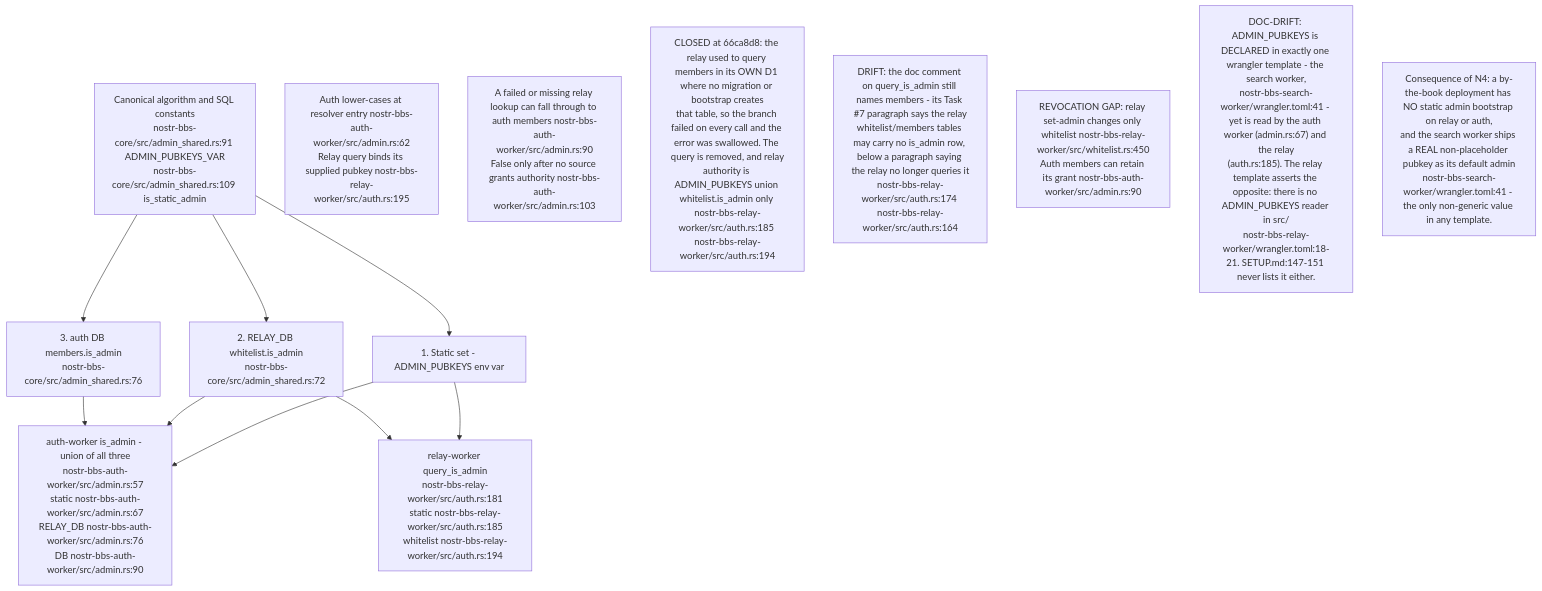
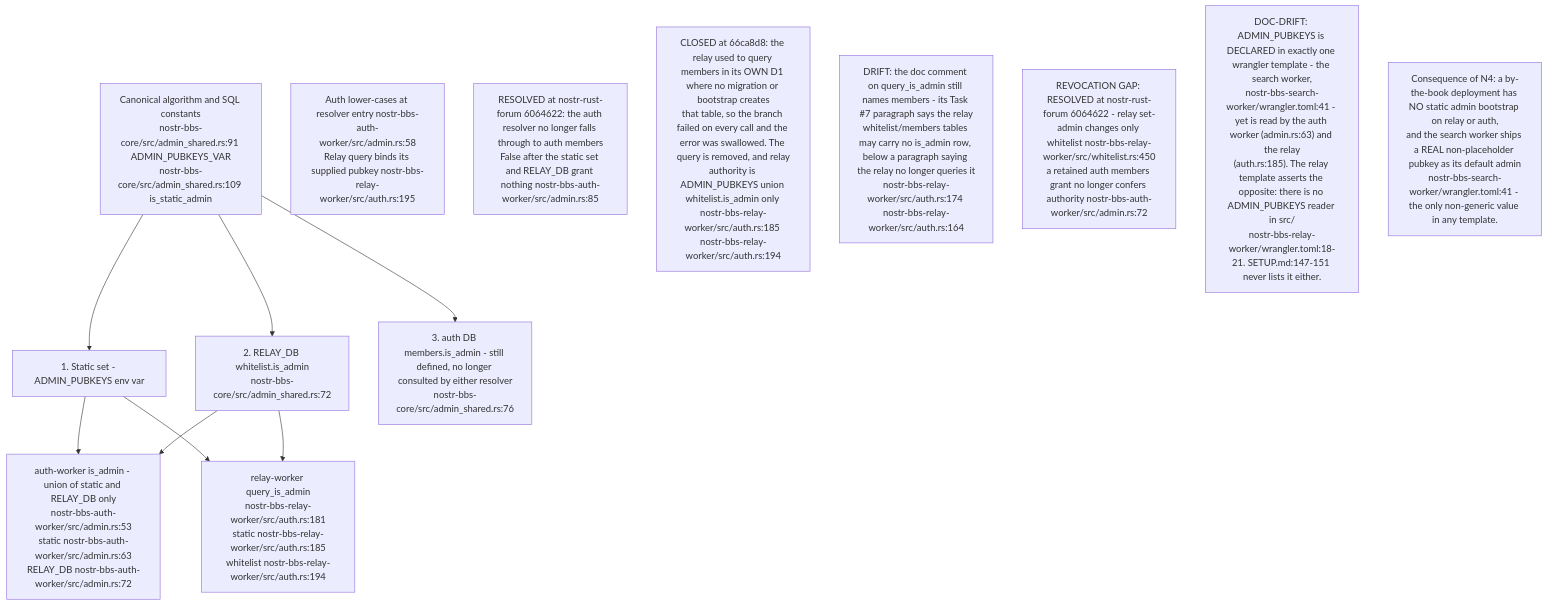
Before and after one commit to DreamLab-AI/VisionFlow: the seventh of 9 diagrams in docs/diagrams/nostr-rust-forum/08-config-zones-stores-and-admin-authority.md, drawn with Mermaid. The commit also changed other lines of this file and 59 other files, not shown here.

First line of the commit message:
docs(diagrams): re-derive and re-stamp forum, website, pod, ontomark and sealmap topics

````diff
--- a/docs/diagrams/nostr-rust-forum/08-config-zones-stores-and-admin-authority.md
+++ b/docs/diagrams/nostr-rust-forum/08-config-zones-stores-and-admin-authority.md
@@ -251,21 +251,21 @@
 ```mermaid
 flowchart TB
     CANON["Canonical algorithm and SQL constants<br/>nostr-bbs-core/src/admin_shared.rs:91 ADMIN_PUBKEYS_VAR<br/>nostr-bbs-core/src/admin_shared.rs:109 is_static_admin"]
     S1["1. Static set - ADMIN_PUBKEYS env var"]
     S2["2. RELAY_DB whitelist.is_admin<br/>nostr-bbs-core/src/admin_shared.rs:72"]
-    S3["3. auth DB members.is_admin<br/>nostr-bbs-core/src/admin_shared.rs:76"]
-    AUTHIS["auth-worker is_admin - union of all three<br/>nostr-bbs-auth-worker/src/admin.rs:57<br/>static nostr-bbs-auth-worker/src/admin.rs:67<br/>RELAY_DB nostr-bbs-auth-worker/src/admin.rs:76<br/>DB nostr-bbs-auth-worker/src/admin.rs:90"]
+    S3["3. auth DB members.is_admin - still defined, no longer consulted by either resolver<br/>nostr-bbs-core/src/admin_shared.rs:76"]
+    AUTHIS["auth-worker is_admin - union of static and RELAY_DB only<br/>nostr-bbs-auth-worker/src/admin.rs:53<br/>static nostr-bbs-auth-worker/src/admin.rs:63<br/>RELAY_DB nostr-bbs-auth-worker/src/admin.rs:72"]
     RELIS["relay-worker query_is_admin<br/>nostr-bbs-relay-worker/src/auth.rs:181<br/>static nostr-bbs-relay-worker/src/auth.rs:185<br/>whitelist nostr-bbs-relay-worker/src/auth.rs:194"]
 
     CANON --> S1 & S2 & S3
-    S1 & S2 & S3 --> AUTHIS
+    S1 & S2 --> AUTHIS
     S1 & S2 --> RELIS
 
-    N1["Auth lower-cases at resolver entry nostr-bbs-auth-worker/src/admin.rs:62<br/>Relay query binds its supplied pubkey nostr-bbs-relay-worker/src/auth.rs:195"]
-    N2["A failed or missing relay lookup can fall through to auth members nostr-bbs-auth-worker/src/admin.rs:90<br/>False only after no source grants authority nostr-bbs-auth-worker/src/admin.rs:103"]
+    N1["Auth lower-cases at resolver entry nostr-bbs-auth-worker/src/admin.rs:58<br/>Relay query binds its supplied pubkey nostr-bbs-relay-worker/src/auth.rs:195"]
+    N2["RESOLVED at nostr-rust-forum 6064622: the auth resolver no longer falls through to auth members<br/>False after the static set and RELAY_DB grant nothing nostr-bbs-auth-worker/src/admin.rs:85"]
     N3["CLOSED at 66ca8d8: the relay used to query members in its OWN D1 where no migration or bootstrap creates<br/>that table, so the branch failed on every call and the error was swallowed. The query is removed, and relay<br/>authority is ADMIN_PUBKEYS union whitelist.is_admin only nostr-bbs-relay-worker/src/auth.rs:185 nostr-bbs-relay-worker/src/auth.rs:194"]
     N3B["DRIFT: the doc comment on query_is_admin still names members - its Task #7 paragraph says the relay<br/>whitelist/members tables may carry no is_admin row, below a paragraph saying the relay no longer queries it<br/>nostr-bbs-relay-worker/src/auth.rs:174 nostr-bbs-relay-worker/src/auth.rs:164"]
-    N3C["REVOCATION GAP: relay set-admin changes only whitelist nostr-bbs-relay-worker/src/whitelist.rs:450<br/>Auth members can retain its grant nostr-bbs-auth-worker/src/admin.rs:90"]
-    N4["DOC-DRIFT: ADMIN_PUBKEYS is DECLARED in exactly one wrangler template - the search worker,<br/>nostr-bbs-search-worker/wrangler.toml:41 - yet is read by the auth worker (admin.rs:67) and the relay<br/>(auth.rs:185). The relay template asserts the opposite: there is no ADMIN_PUBKEYS reader in src/<br/>nostr-bbs-relay-worker/wrangler.toml:18-21. SETUP.md:147-151 never lists it either."]
+    N3C["REVOCATION GAP: RESOLVED at nostr-rust-forum 6064622 - relay set-admin changes only whitelist nostr-bbs-relay-worker/src/whitelist.rs:450<br/>a retained auth members grant no longer confers authority nostr-bbs-auth-worker/src/admin.rs:72"]
+    N4["DOC-DRIFT: ADMIN_PUBKEYS is DECLARED in exactly one wrangler template - the search worker,<br/>nostr-bbs-search-worker/wrangler.toml:41 - yet is read by the auth worker (admin.rs:63) and the relay<br/>(auth.rs:185). The relay template asserts the opposite: there is no ADMIN_PUBKEYS reader in src/<br/>nostr-bbs-relay-worker/wrangler.toml:18-21. SETUP.md:147-151 never lists it either."]
     N5["Consequence of N4: a by-the-book deployment has NO static admin bootstrap on relay or auth,<br/>and the search worker ships a REAL non-placeholder pubkey as its default admin<br/>nostr-bbs-search-worker/wrangler.toml:41 - the only non-generic value in any template."]
 ```
````
